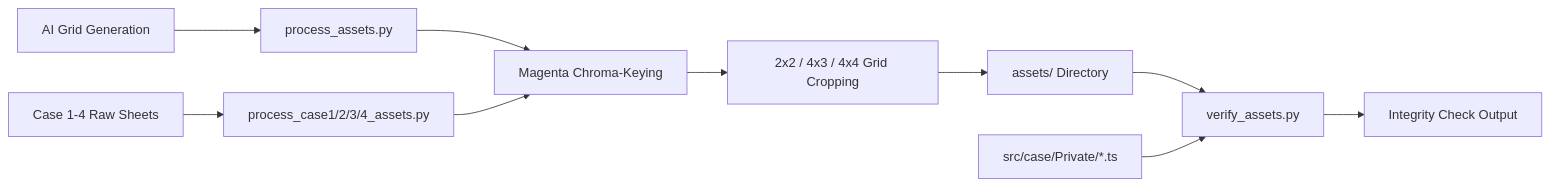
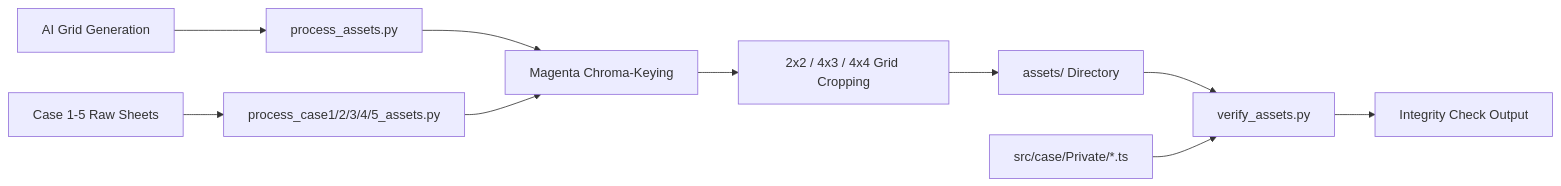
Before and after one commit to luisoncpp/aa-chapulin: the diagram in docs/architecture/asset-pipeline.md, drawn with Mermaid. The commit also changed other lines of this file and 14 other files, not shown here.

````diff
--- a/docs/architecture/asset-pipeline.md
+++ b/docs/architecture/asset-pipeline.md
@@ -9,13 +9,13 @@
 ```mermaid
 flowchart LR
     Raw[AI Grid Generation] --> Process[process_assets.py]
-    Raw2[Case 1-4 Raw Sheets] --> ProcessN[process_case1/2/3/4_assets.py]
+    Raw2[Case 1-5 Raw Sheets] --> ProcessN[process_case1/2/3/4/5_assets.py]
     Process --> Chroma[Magenta Chroma-Keying]
     ProcessN --> Chroma
     Chroma --> Slicing[2x2 / 4x3 / 4x4 Grid Cropping]
     Slicing --> Assets[assets/ Directory]
     
     Assets --> Verify[verify_assets.py]
     Script[src/case/Private/*.ts] --> Verify
     Verify --> Report[Integrity Check Output]
 ```
````
